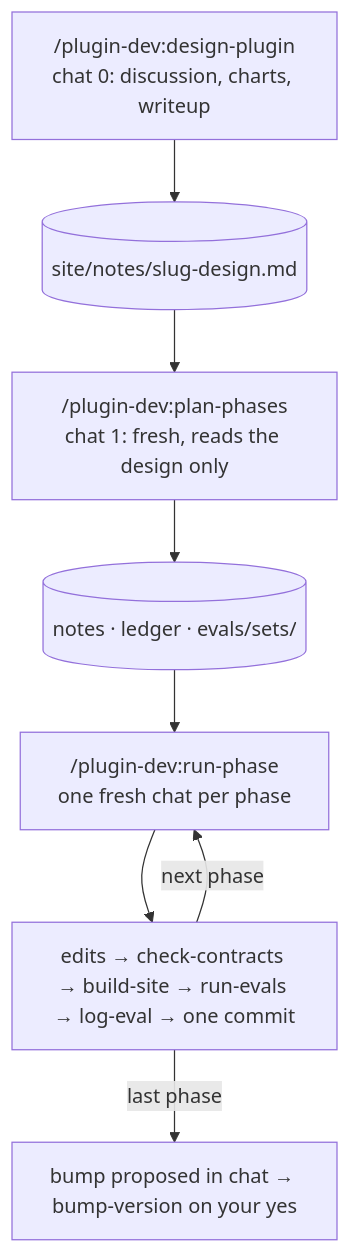
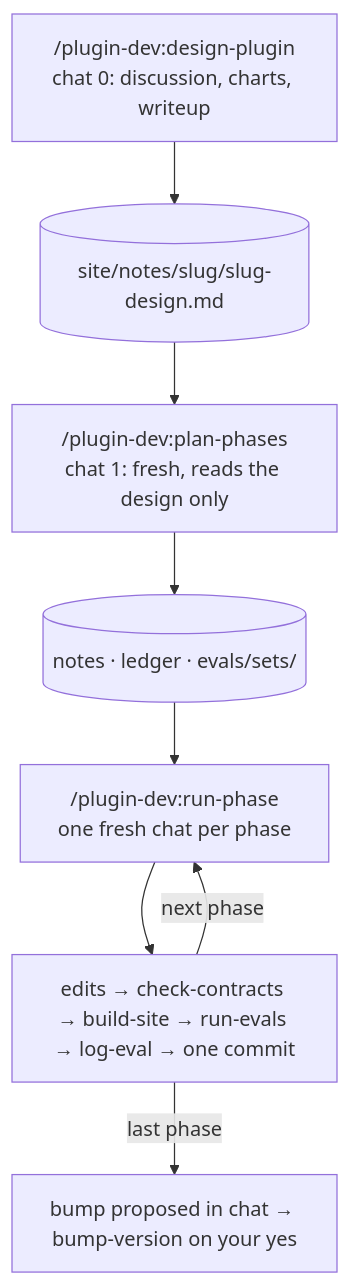
Before and after one commit to cott435/cott-plugins: the second of 2 diagrams in plugin-dev/site/flow.md, drawn with Mermaid. The commit also changed other lines of this file and 13 other files, not shown here.

First line of the commit message:
plugin-dev: a plan's notes live in site/notes/<slug>/

````diff
--- a/plugin-dev/site/flow.md
+++ b/plugin-dev/site/flow.md
@@ -43,10 +43,10 @@
 ```mermaid
 flowchart TD
-  A["/plugin-dev:design-plugin<br/>chat 0: discussion, charts, writeup"] --> D[("site/notes/slug-design.md")]
+  A["/plugin-dev:design-plugin<br/>chat 0: discussion, charts, writeup"] --> D[("site/notes/slug/slug-design.md")]
   D --> B["/plugin-dev:plan-phases<br/>chat 1: fresh, reads the design only"]
   B --> N[("notes · ledger · evals/sets/")]
   N --> C["/plugin-dev:run-phase<br/>one fresh chat per phase"]
   C --> Q["edits → check-contracts → build-site → run-evals → log-eval → one commit"]
   Q -->|next phase| C
   Q -->|last phase| V["bump proposed in chat → bump-version on your yes"]
 ```
````
